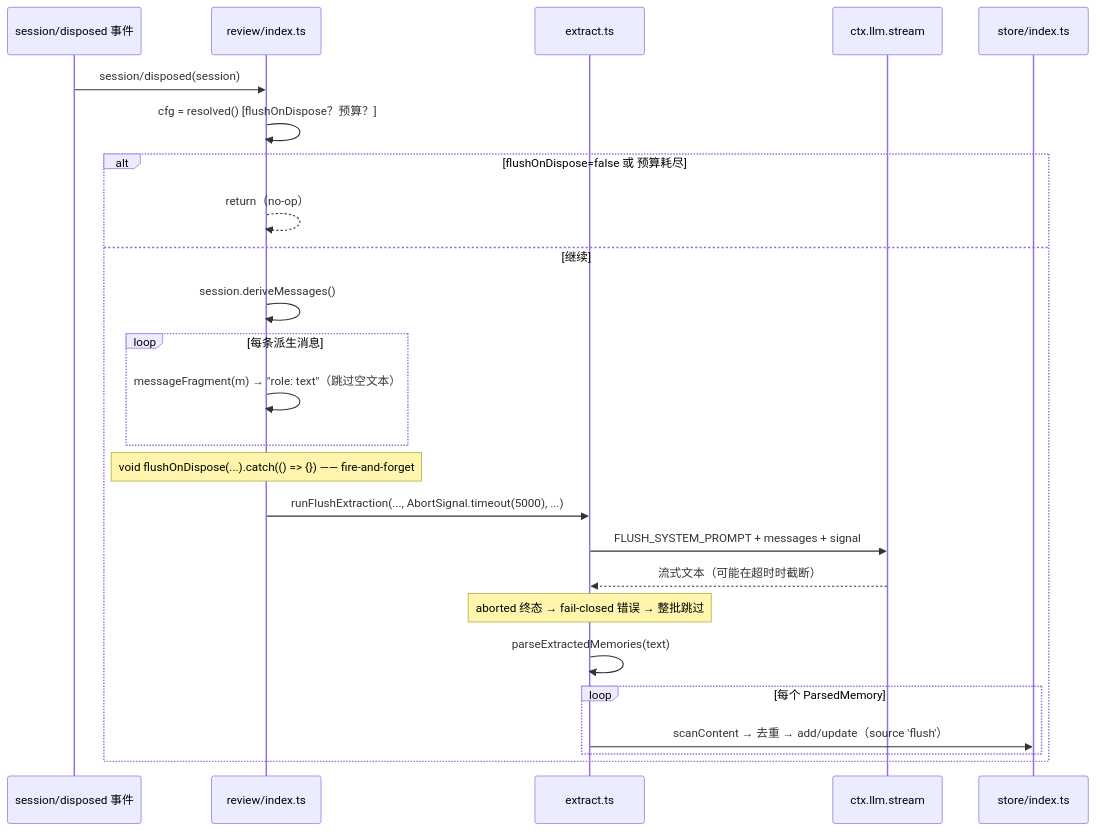
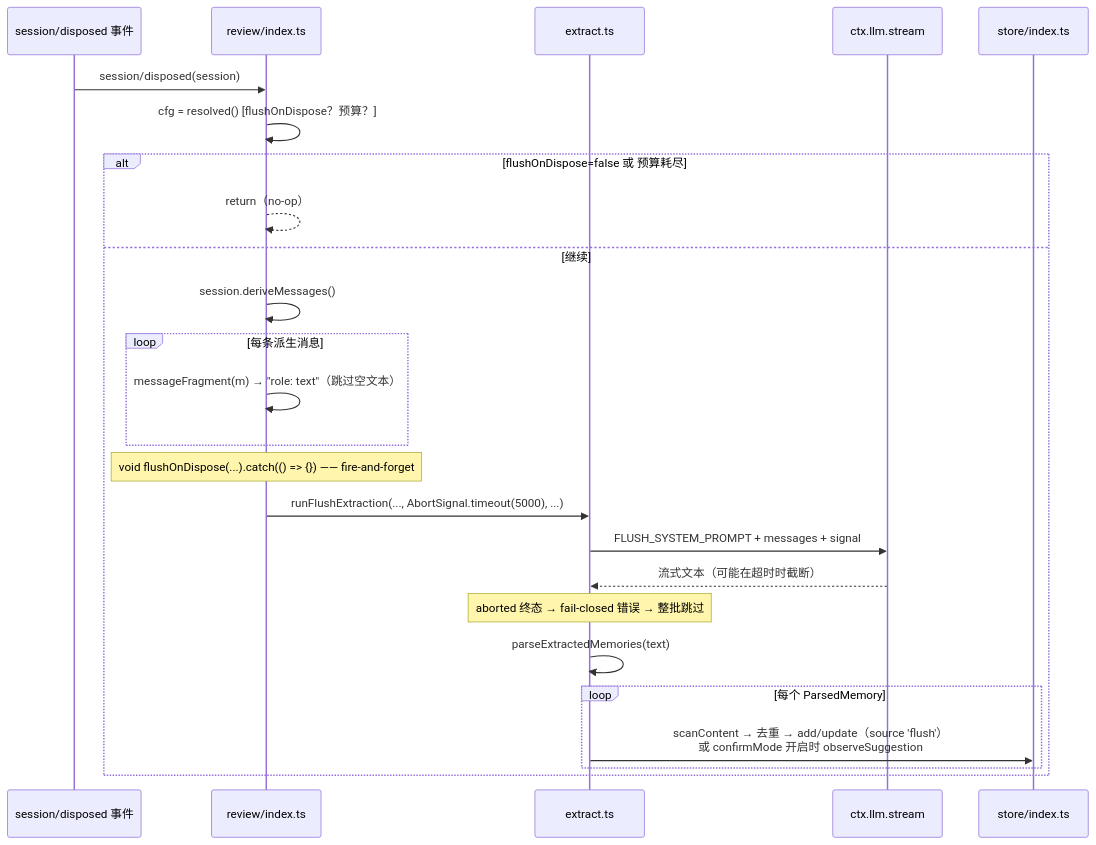
One commit to chenhw7/dsh-memory changed the sixth of 14 diagrams in docs/SEQUENCE_DIAGRAMS.zh-CN.md. Above: the diagram before and after it, drawn with Mermaid. The commit also changed other lines of this file and 2 other files, not shown here.

First line of the commit message:
docs: sync zh-CN mirrors (README / TECH_DESIGN / SEQUENCE_DIAGRAMS) with the v0.5.0 implementation

````diff
--- a/docs/SEQUENCE_DIAGRAMS.zh-CN.md
+++ b/docs/SEQUENCE_DIAGRAMS.zh-CN.md
@@ -286,30 +302,30 @@
 ```mermaid
 sequenceDiagram
     participant SE as session/disposed 事件
     participant Review as review/index.ts
     participant Ext as extract.ts
     participant LLM as ctx.llm.stream
     participant Store as store/index.ts
 
     SE->>Review: session/disposed(session)
     Review->>Review: cfg = resolved() [flushOnDispose？预算？]
     alt flushOnDispose=false 或 预算耗尽
         Review-->>Review: return（no-op）
     else 继续
         Review->>Review: session.deriveMessages()
         loop 每条派生消息
             Review->>Review: messageFragment(m) → "role: text"（跳过空文本）
         end
         Note over Review: void flushOnDispose(...).catch(() => {}) —— fire-and-forget
 
         Review->>Ext: runFlushExtraction(..., AbortSignal.timeout(5000), ...)
         Ext->>LLM: FLUSH_SYSTEM_PROMPT + messages + signal
         LLM-->>Ext: 流式文本（可能在超时时截断）
         Note over Ext: aborted 终态 → fail-closed 错误 → 整批跳过
         Ext->>Ext: parseExtractedMemories(text)
 
         loop 每个 ParsedMemory
-            Ext->>Store: scanContent → 去重 → add/update（source 'flush'）
+            Ext->>Store: scanContent → 去重 → add/update（source 'flush'）<br/>或 confirmMode 开启时 observeSuggestion
         end
     end
 ```
````
